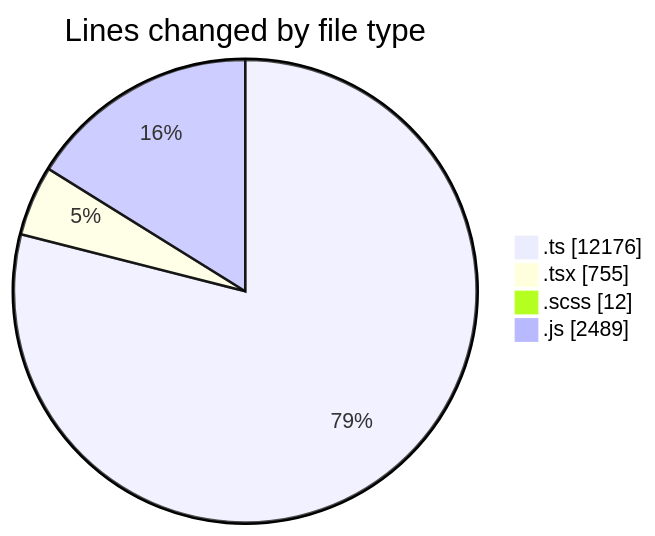
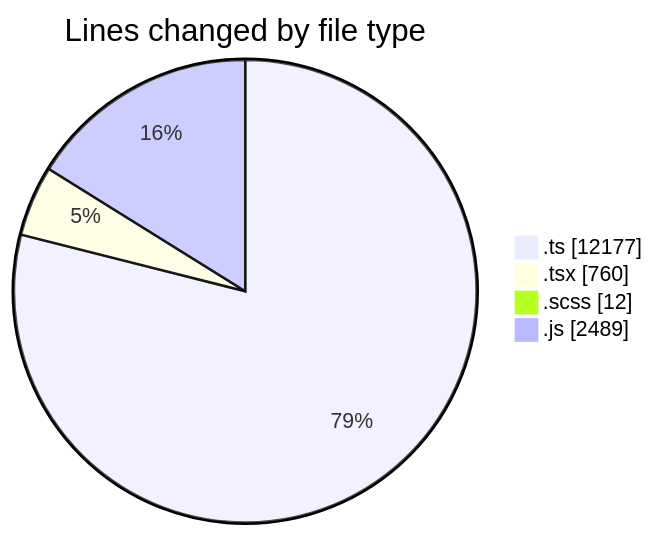
One commit to momahboobian/code-tracking changed the first of 2 diagrams in 2026-03-17/cda/README.md. Above: the diagram before and after it, drawn with Mermaid. The commit also changed other lines of this file and 1 other file, not shown here.

````diff
--- a/2026-03-17/cda/README.md
+++ b/2026-03-17/cda/README.md
@@ -39,8 +39,8 @@
 ```mermaid
 pie showData
 title Lines changed by file type
-".ts" : 12176
-".tsx" : 755
+".ts" : 12177
+".tsx" : 760
 ".scss" : 12
 ".js" : 2489
 ```
````
